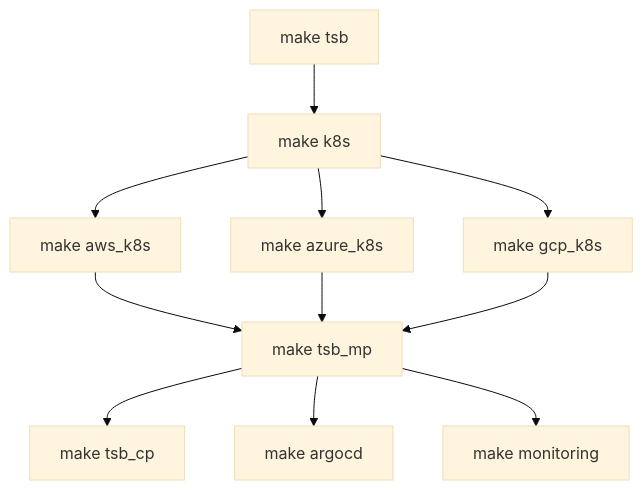
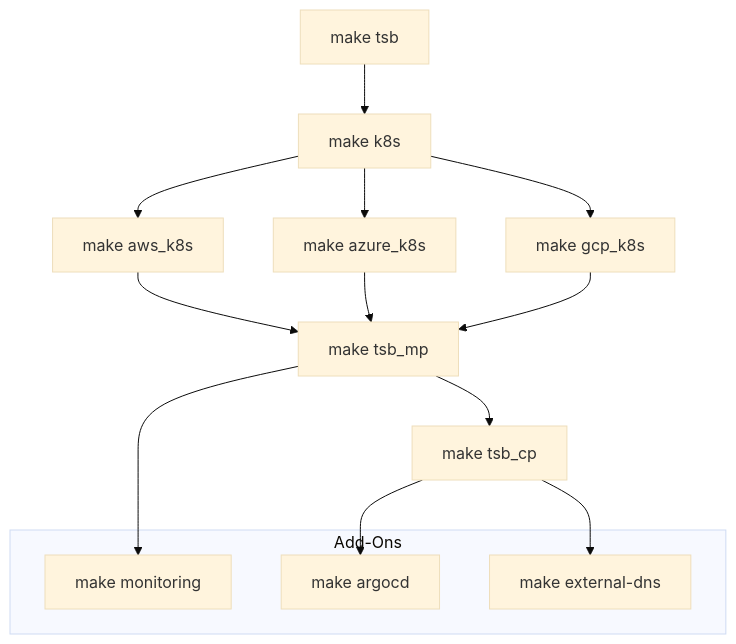
The diagram in README.md (tetratelabs/tetrate-service-bridge-sandbox), drawn with Mermaid (base theme) before and after one commit.

Commit message:
update chart in readme

````diff
--- a/README.md
+++ b/README.md
@@ -15,13 +15,19 @@
 ```mermaid
   graph TD;
-      A[make tsb] --> B[make k8s]
-      B[make k8s] --> C[make aws_k8s]
-      B[make k8s] --> CC[make azure_k8s]
-      B[make k8s] --> CCC[make gcp_k8s]
-      C[make aws_k8s] --> D[make tsb_mp]
-      CC[make azure_k8s] --> D[make tsb_mp]
-      CCC[make gcp_k8s] --> D[make tsb_mp]
-      D[make tsb_mp] --> DD[make tsb_cp]
-      D[make tsb_mp] --> G[make argocd]
-      D[make tsb_mp] --> H[make monitoring]
+      tsb[make tsb] --> k8s[make k8s]
+      k8s --> aws[make aws_k8s]
+      k8s --> azure[make azure_k8s]
+      k8s --> gcp[make gcp_k8s]
+      aws --> mp[make tsb_mp]
+      azure --> mp
+      gcp --> mp
+      mp --> cp[make tsb_cp]
+      subgraph Add-Ons
+        monitoring[make monitoring]
+        argocd[make argocd]
+        external-dns[make external-dns]
+      end
+      cp --> argocd
+      cp --> external-dns
+      mp --> monitoring
 ```
````
